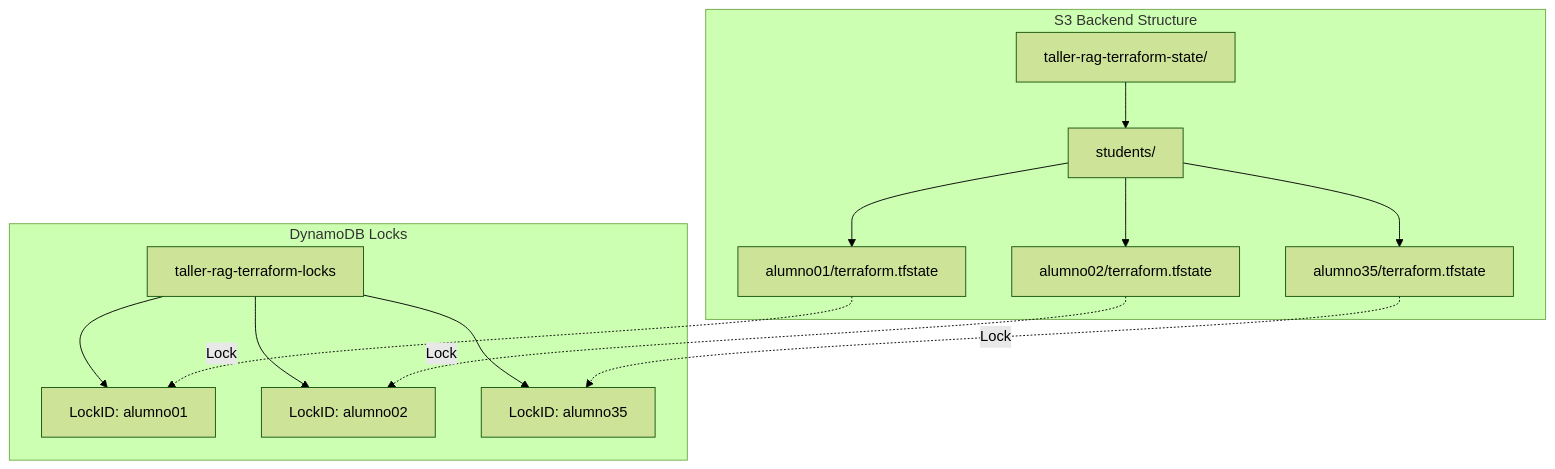
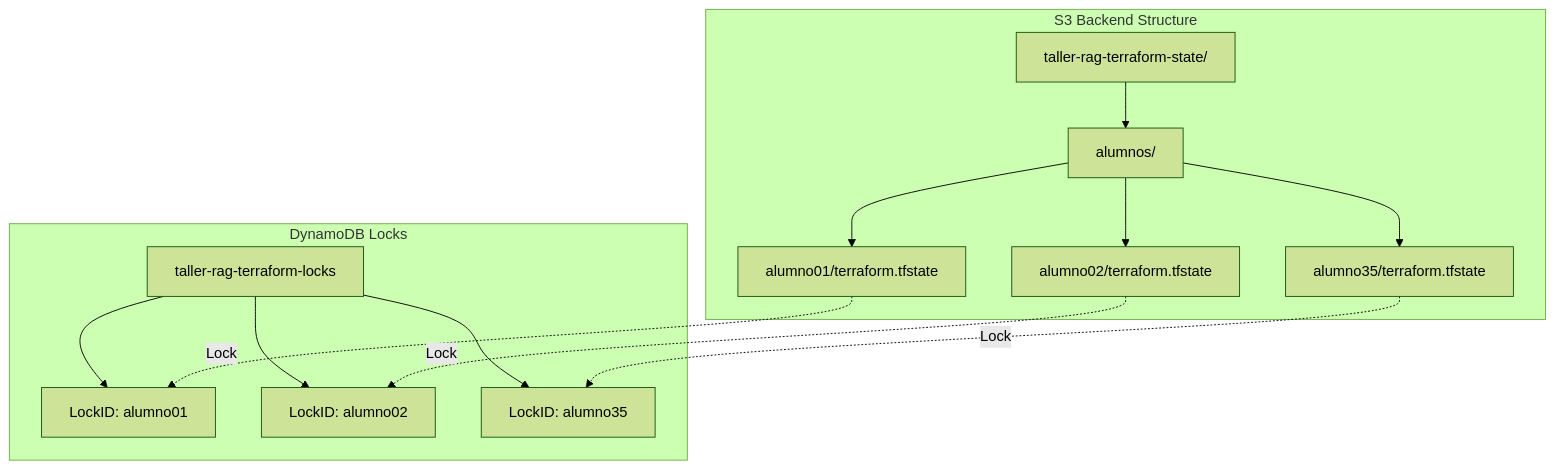
One commit to ANALITIKACLOUD/sesion-02-ia-generativa changed the sixth of 8 diagrams in ARCHITECTURE.md. Above: the diagram before and after it, drawn with Mermaid (forest theme). The commit also changed other lines of this file and 23 other files, not shown here.

````diff
--- a/ARCHITECTURE.md
+++ b/ARCHITECTURE.md
@@ -243,21 +243,21 @@
 ```mermaid
 graph TB
     subgraph "S3 Backend Structure"
         ROOT[taller-rag-terraform-state/]
-        ROOT --> STUDENTS[students/]
-        STUDENTS --> A01[alumno01/terraform.tfstate]
-        STUDENTS --> A02[alumno02/terraform.tfstate]
-        STUDENTS --> A35[alumno35/terraform.tfstate]
+        ROOT --> ALUMNOS[alumnos/]
+        ALUMNOS --> A01[alumno01/terraform.tfstate]
+        ALUMNOS --> A02[alumno02/terraform.tfstate]
+        ALUMNOS --> A35[alumno35/terraform.tfstate]
     end
     
     subgraph "DynamoDB Locks"
         DDB[taller-rag-terraform-locks]
         DDB --> L1[LockID: alumno01]
         DDB --> L2[LockID: alumno02]
         DDB --> L3[LockID: alumno35]
     end
     
     A01 -.->|Lock| L1
     A02 -.->|Lock| L2
     A35 -.->|Lock| L3
 ```
````
